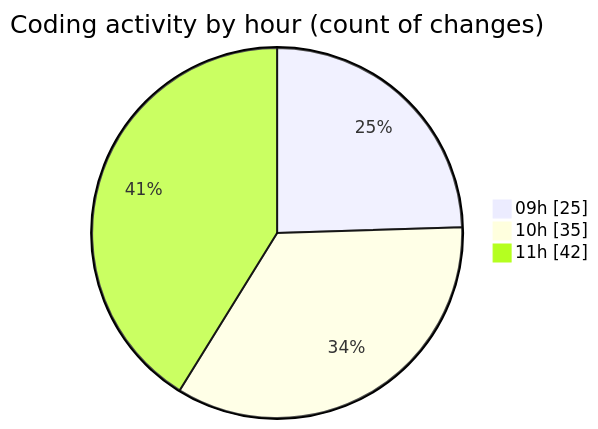
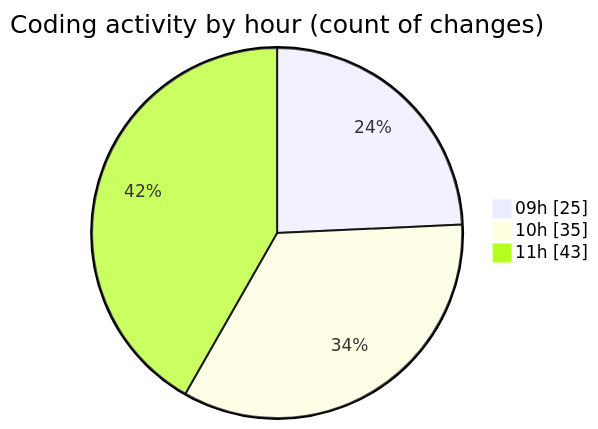
The second of 2 diagrams in 2025-08-22/cda/README.md (momahboobian/code-tracking), drawn with Mermaid before and after one commit. The commit also changed other lines of this file and 1 other file, not shown here.

````diff
--- a/2025-08-22/cda/README.md
+++ b/2025-08-22/cda/README.md
@@ -46,7 +48,7 @@
 ```mermaid
 pie showData
 title Coding activity by hour (count of changes)
 "09h" : 25
 "10h" : 35
-"11h" : 42
+"11h" : 43
 ```
````
